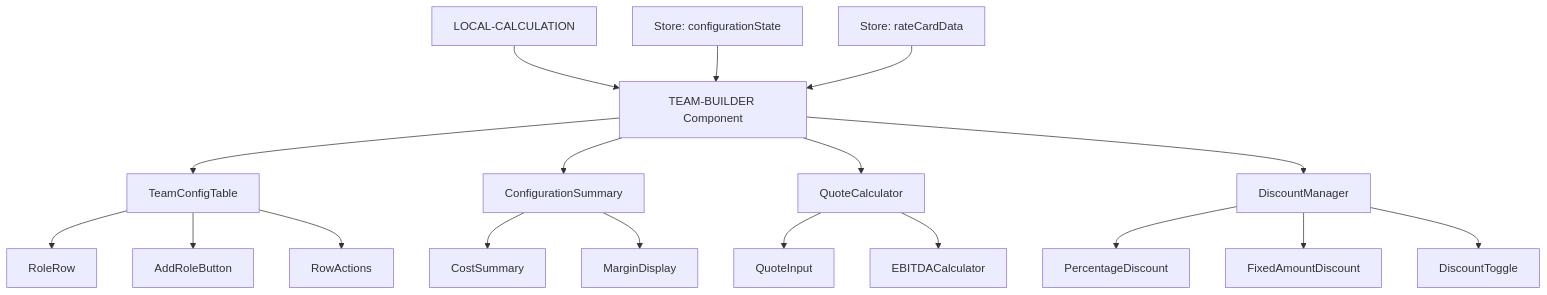
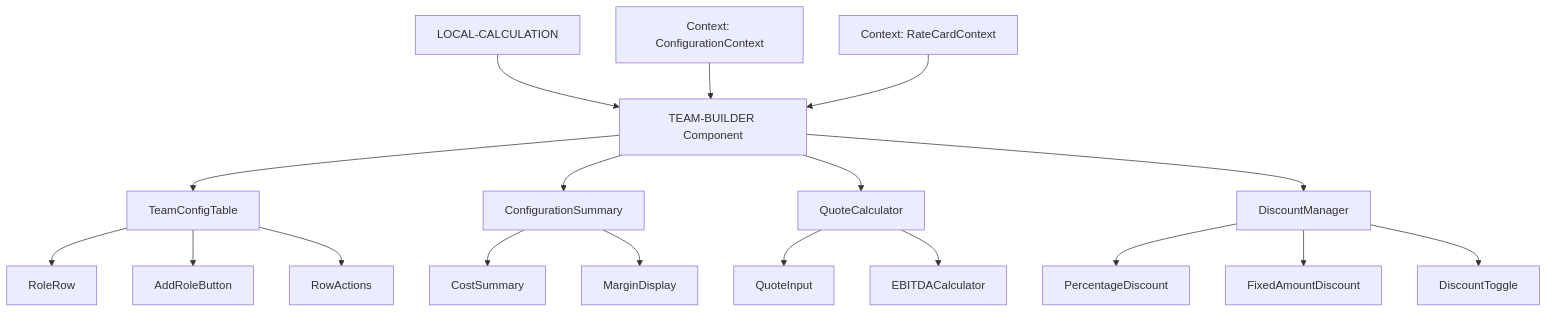
One commit to yeshwanth-divami/project-estimation changed the first of 2 diagrams in docs/implementation/TEAM-BUILDER/technical-spec.md. Above: the diagram before and after it, drawn with Mermaid. The commit also changed other lines of this file and 2 other files, not shown here.

````diff
--- a/docs/implementation/TEAM-BUILDER/technical-spec.md
+++ b/docs/implementation/TEAM-BUILDER/technical-spec.md
@@ -14,25 +14,25 @@
 ```mermaid
 graph TD
     A[TEAM-BUILDER Component] --> B[TeamConfigTable]
     A --> C[ConfigurationSummary]
     A --> D[QuoteCalculator]
     A --> E[DiscountManager]
     
     B --> B1[RoleRow]
     B --> B2[AddRoleButton]
     B --> B3[RowActions]
     
     C --> C1[CostSummary]
     C --> C2[MarginDisplay]
     
     D --> D1[QuoteInput]
     D --> D2[EBITDACalculator]
     
     E --> E1[PercentageDiscount]
     E --> E2[FixedAmountDiscount]
     E --> E3[DiscountToggle]
     
     F[LOCAL-CALCULATION] --> A
-    G[Store: configurationState] --> A
-    H[Store: rateCardData] --> A
+    G[Context: ConfigurationContext] --> A
+    H[Context: RateCardContext] --> A
 ```
````
